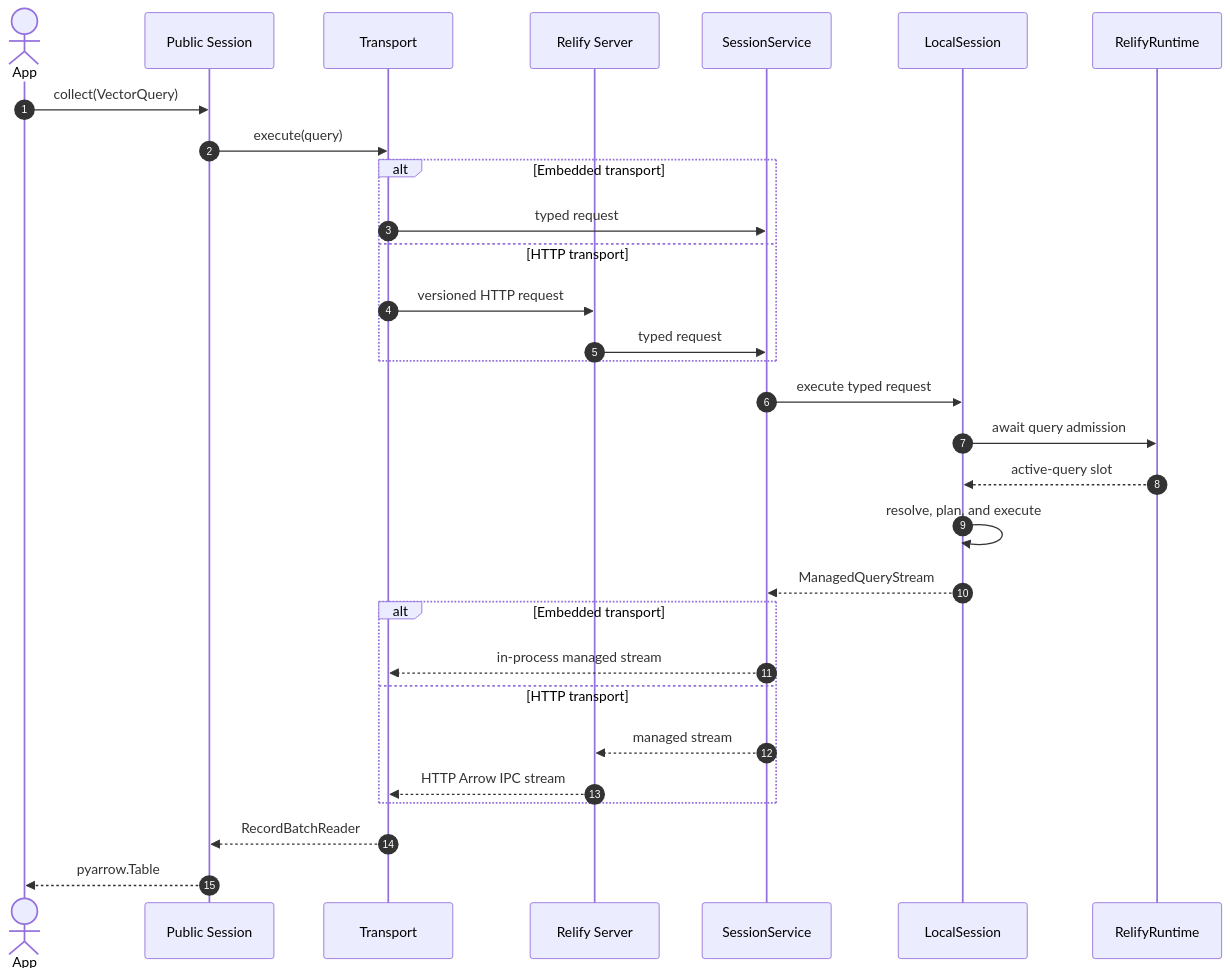
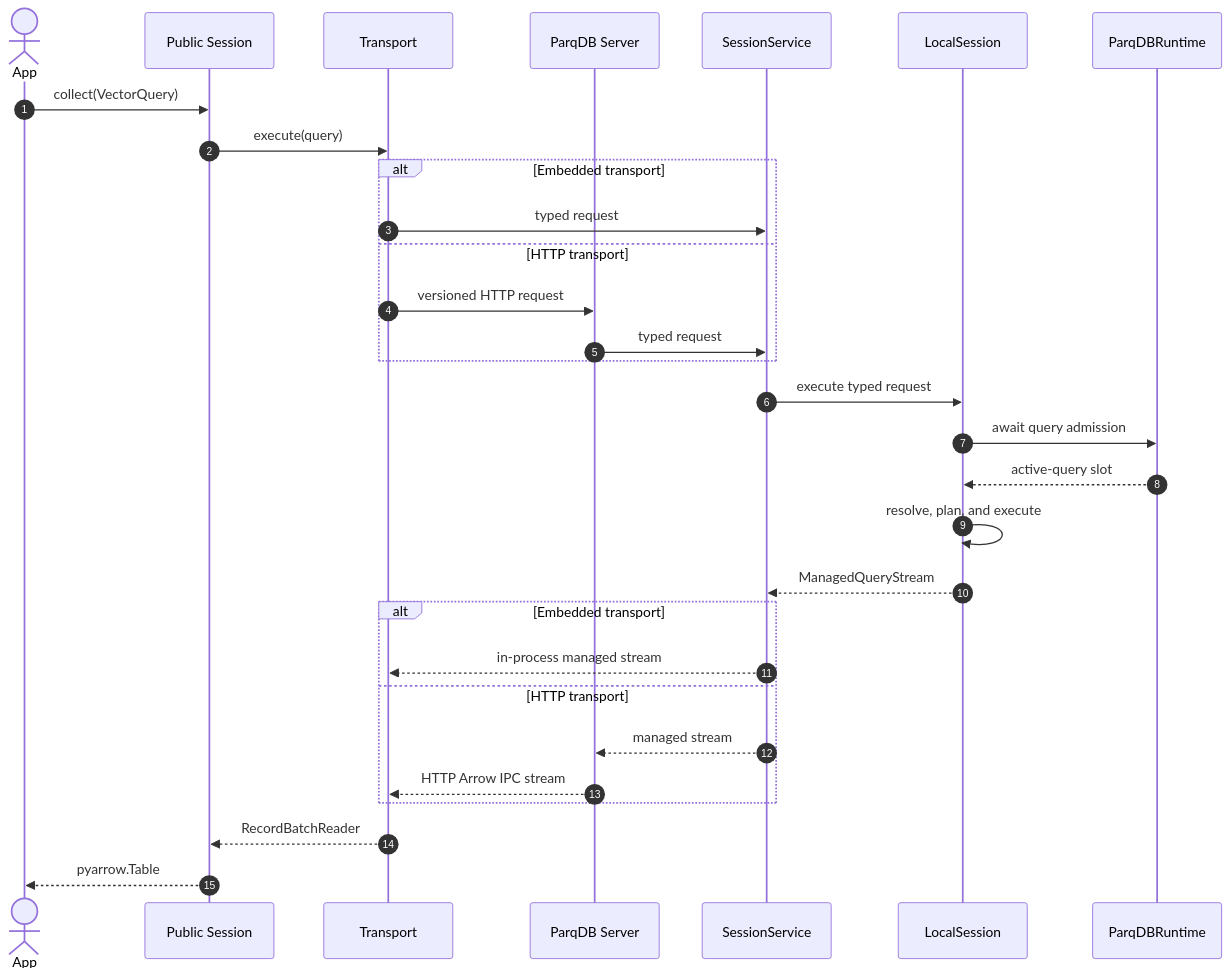
Before and after one commit to parqdb-io/parqdb: the second of 2 diagrams in docs/rfcs/20260815-unified-embedded-client-server-api.md, drawn with Mermaid. The commit also changed other lines of this file and 435 other files, not shown here.

Commit message:
refactor!: rename Relify to ParqDB

````diff
--- a/docs/rfcs/20260815-unified-embedded-client-server-api.md
+++ b/docs/rfcs/20260815-unified-embedded-client-server-api.md
@@ -669,33 +669,33 @@
 ```mermaid
 sequenceDiagram
     autonumber
     actor App
     participant API as Public Session
     participant Transport
-    participant Server as Relify Server
+    participant Server as ParqDB Server
     participant Service as SessionService
     participant Local as LocalSession
-    participant Runtime as RelifyRuntime
+    participant Runtime as ParqDBRuntime
 
     App->>API: collect(VectorQuery)
     API->>Transport: execute(query)
     alt Embedded transport
         Transport->>Service: typed request
     else HTTP transport
         Transport->>Server: versioned HTTP request
         Server->>Service: typed request
     end
     Service->>Local: execute typed request
     Local->>Runtime: await query admission
     Runtime-->>Local: active-query slot
     Local->>Local: resolve, plan, and execute
     Local-->>Service: ManagedQueryStream
     alt Embedded transport
         Service-->>Transport: in-process managed stream
     else HTTP transport
         Service-->>Server: managed stream
         Server-->>Transport: HTTP Arrow IPC stream
     end
     Transport-->>API: RecordBatchReader
     API-->>App: pyarrow.Table
 ```
````
